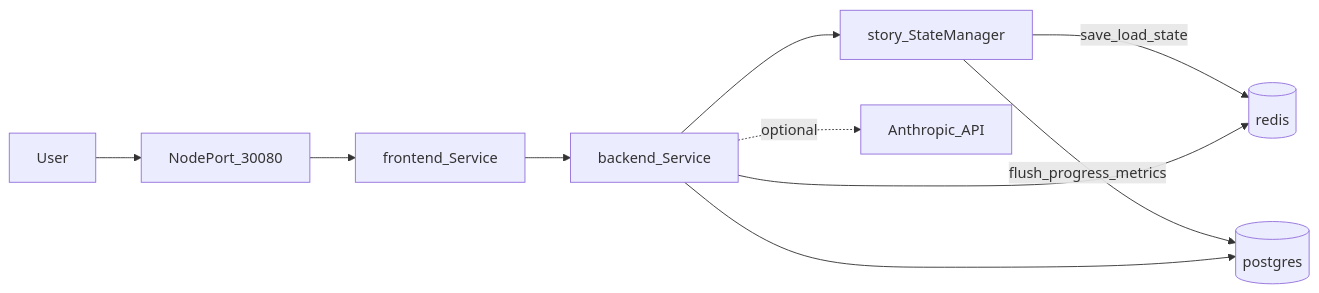
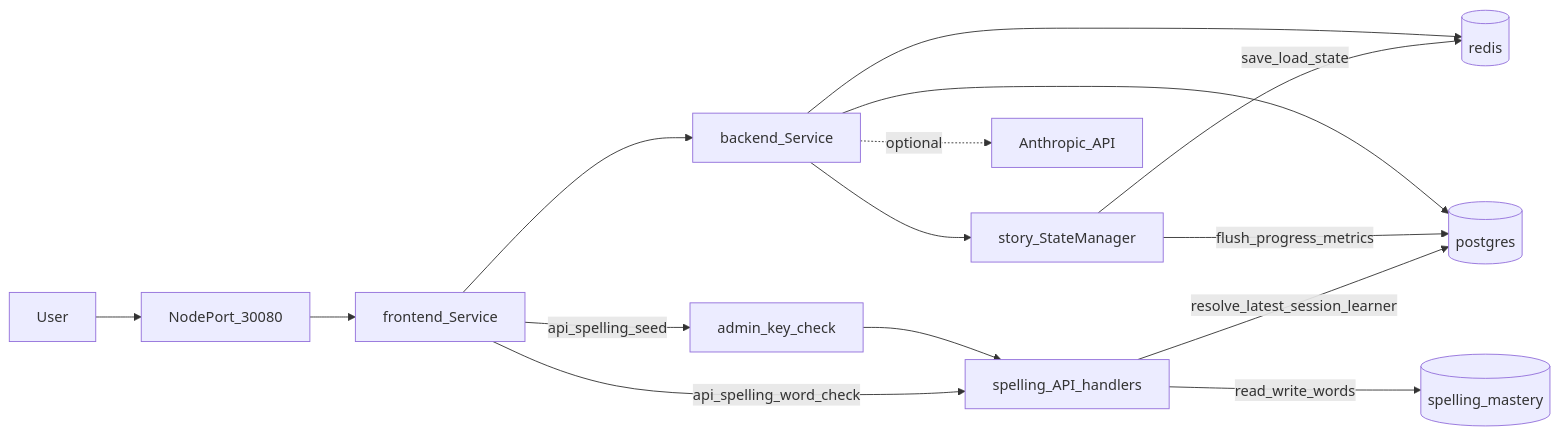
Before and after one commit to protektiq/questmode: the first of 3 diagrams in DATA_FLOW.md, drawn with Mermaid. The commit also changed other lines of this file and 13 other files, not shown here.

````diff
--- a/DATA_FLOW.md
+++ b/DATA_FLOW.md
@@ -5,20 +5,28 @@
 ```mermaid
 flowchart LR
   user[User]
   np[NodePort_30080]
   fe[frontend_Service]
   be[backend_Service]
+  spellingApi[spelling_API_handlers]
   storyEngine[story_StateManager]
+  adminGate[admin_key_check]
+  spelling[(spelling_mastery)]
   pg[(postgres)]
   rd[(redis)]
   anthropic[Anthropic_API]
   user --> np
   np --> fe
   fe --> be
+  fe -->|api_spelling_word_check| spellingApi
+  fe -->|api_spelling_seed| adminGate
+  adminGate --> spellingApi
+  spellingApi -->|resolve_latest_session_learner| pg
+  spellingApi -->|read_write_words| spelling
   be --> storyEngine
   storyEngine -->|save_load_state| rd
   storyEngine -->|flush_progress_metrics| pg
   be --> pg
   be --> rd
   be -. optional .-> anthropic
 ```
````
